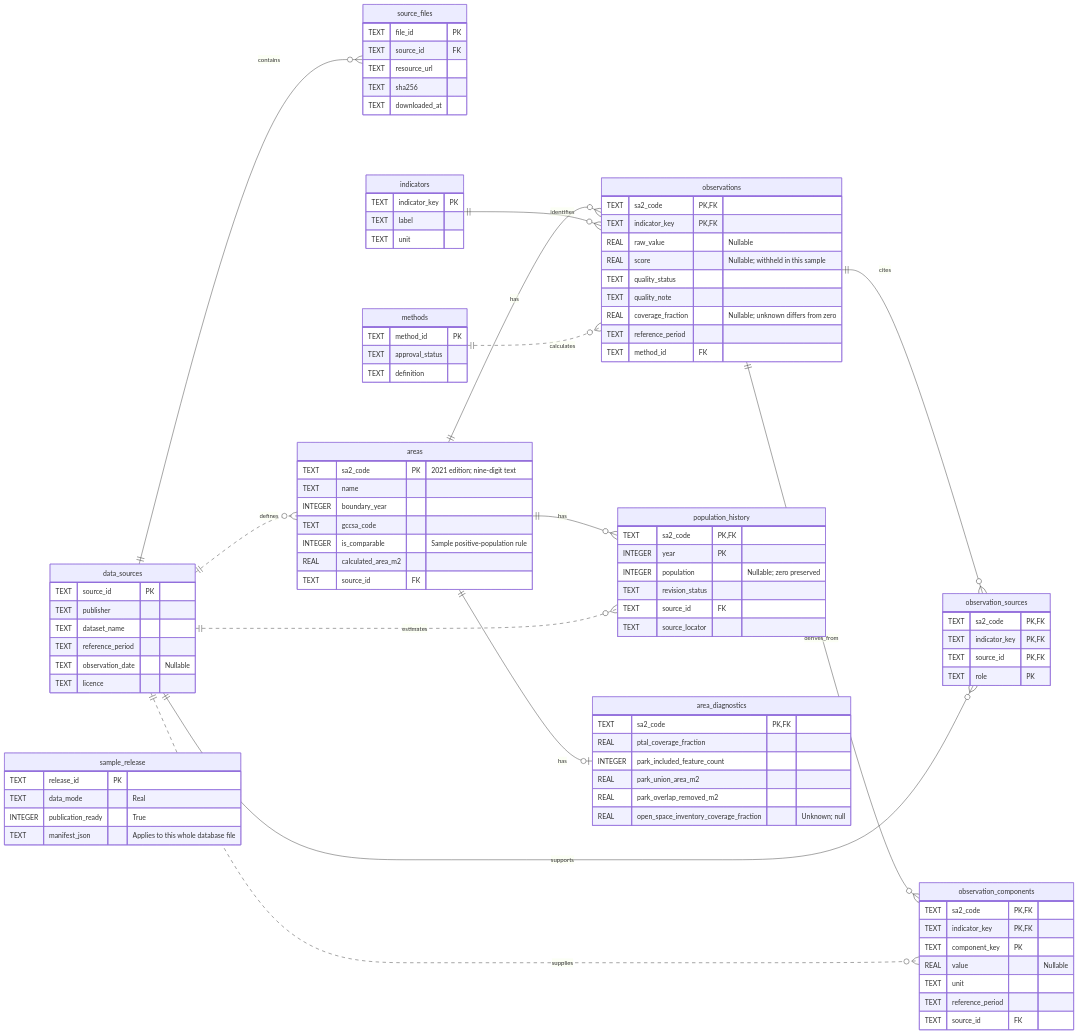
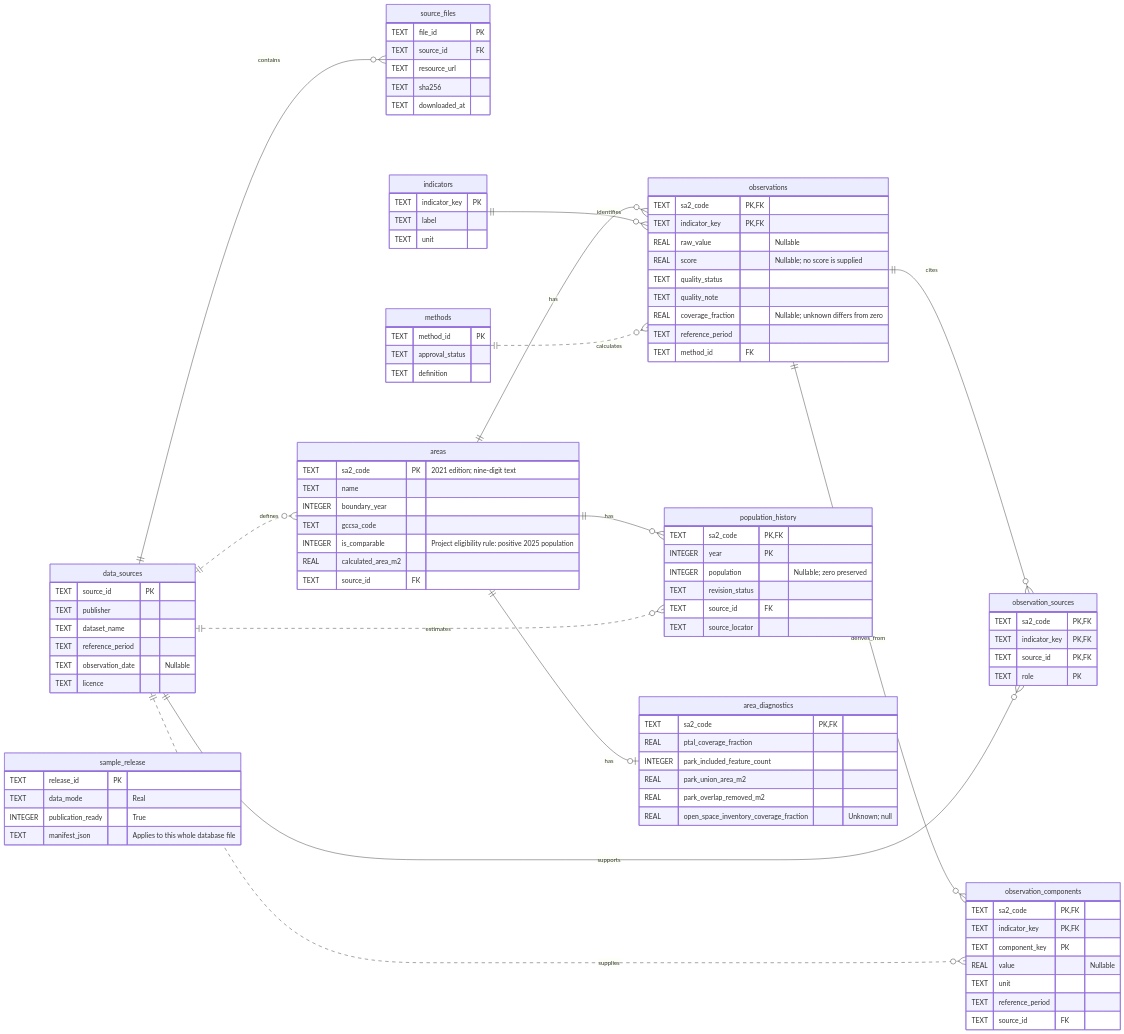
Before and after one commit to wasif-danesh/YFN: the diagram in data/greater-melbourne-v1/schema-erd.mmd, drawn with Mermaid. The commit also changed 10 other files, not shown here.

```diff
--- a/data/greater-melbourne-v1/schema-erd.mmd
+++ b/data/greater-melbourne-v1/schema-erd.mmd
@@ -1,96 +1,96 @@
 erDiagram
     direction LR
     dataSources["data_sources"] {
         TEXT source_id PK
         TEXT publisher
         TEXT dataset_name
         TEXT reference_period
         TEXT observation_date "Nullable"
         TEXT licence
     }
     sourceFiles["source_files"] {
         TEXT file_id PK
         TEXT source_id FK
         TEXT resource_url
         TEXT sha256
         TEXT downloaded_at
     }
     areas {
         TEXT sa2_code PK "2021 edition; nine-digit text"
         TEXT name
         INTEGER boundary_year
         TEXT gccsa_code
-        INTEGER is_comparable "Sample positive-population rule"
+        INTEGER is_comparable "Project eligibility rule: positive 2025 population"
         REAL calculated_area_m2
         TEXT source_id FK
     }
     indicators {
         TEXT indicator_key PK
         TEXT label
         TEXT unit
     }
     methods {
         TEXT method_id PK
         TEXT approval_status
         TEXT definition
     }
     observations {
         TEXT sa2_code PK, FK
         TEXT indicator_key PK, FK
         REAL raw_value "Nullable"
-        REAL score "Nullable; withheld in this sample"
+        REAL score "Nullable; no score is supplied"
         TEXT quality_status
         TEXT quality_note
         REAL coverage_fraction "Nullable; unknown differs from zero"
         TEXT reference_period
         TEXT method_id FK
     }
     populationHistory["population_history"] {
         TEXT sa2_code PK, FK
         INTEGER year PK
         INTEGER population "Nullable; zero preserved"
         TEXT revision_status
         TEXT source_id FK
         TEXT source_locator
     }
     observationSources["observation_sources"] {
         TEXT sa2_code PK, FK
         TEXT indicator_key PK, FK
         TEXT source_id PK, FK
         TEXT role PK
     }
     observationComponents["observation_components"] {
         TEXT sa2_code PK, FK
         TEXT indicator_key PK, FK
         TEXT component_key PK
         REAL value "Nullable"
         TEXT unit
         TEXT reference_period
         TEXT source_id FK
     }
     areaDiagnostics["area_diagnostics"] {
         TEXT sa2_code PK, FK
         REAL ptal_coverage_fraction
         INTEGER park_included_feature_count
         REAL park_union_area_m2
         REAL park_overlap_removed_m2
         REAL open_space_inventory_coverage_fraction "Unknown; null"
     }
     sampleRelease["sample_release"] {
         TEXT release_id PK
         TEXT data_mode "Real"
         INTEGER publication_ready "True"
         TEXT manifest_json "Applies to this whole database file"
     }
     dataSources ||--o{ sourceFiles : contains
     dataSources ||..o{ areas : defines
     areas ||--o{ observations : has
     indicators ||--o{ observations : identifies
     methods ||..o{ observations : calculates
     areas ||--o{ populationHistory : has
     dataSources ||..o{ populationHistory : estimates
     observations ||--o{ observationSources : cites
     dataSources ||--o{ observationSources : supports
     observations ||--o{ observationComponents : derives_from
     dataSources ||..o{ observationComponents : supplies
     areas ||--o| areaDiagnostics : has
```
